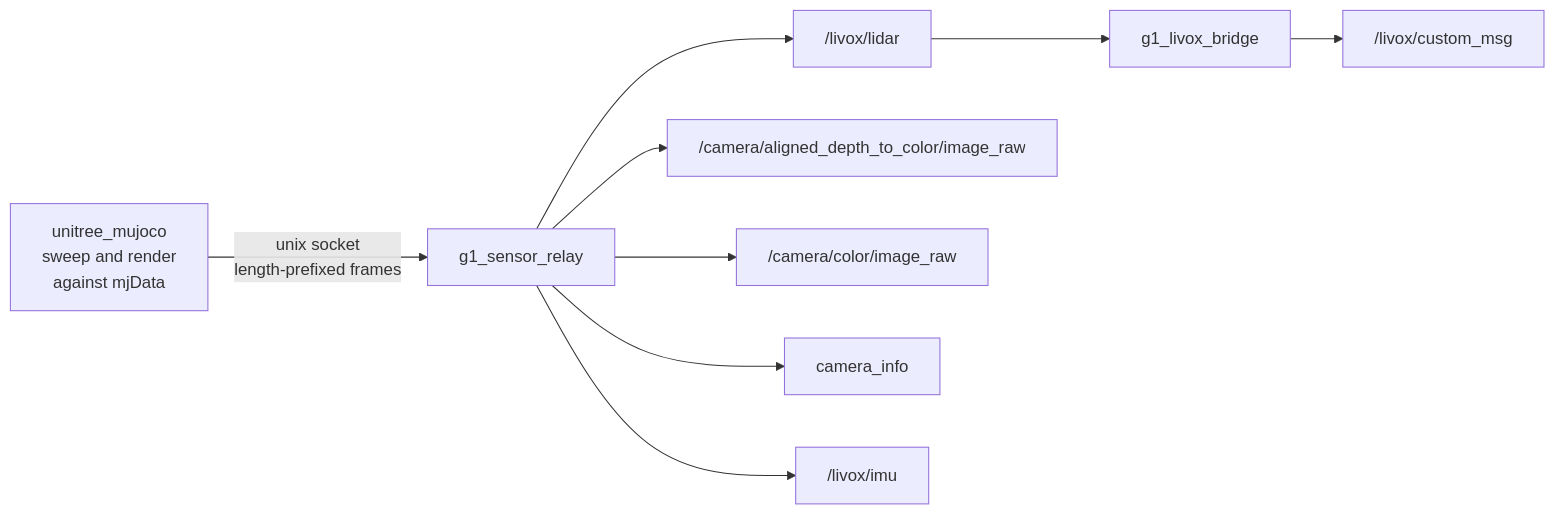
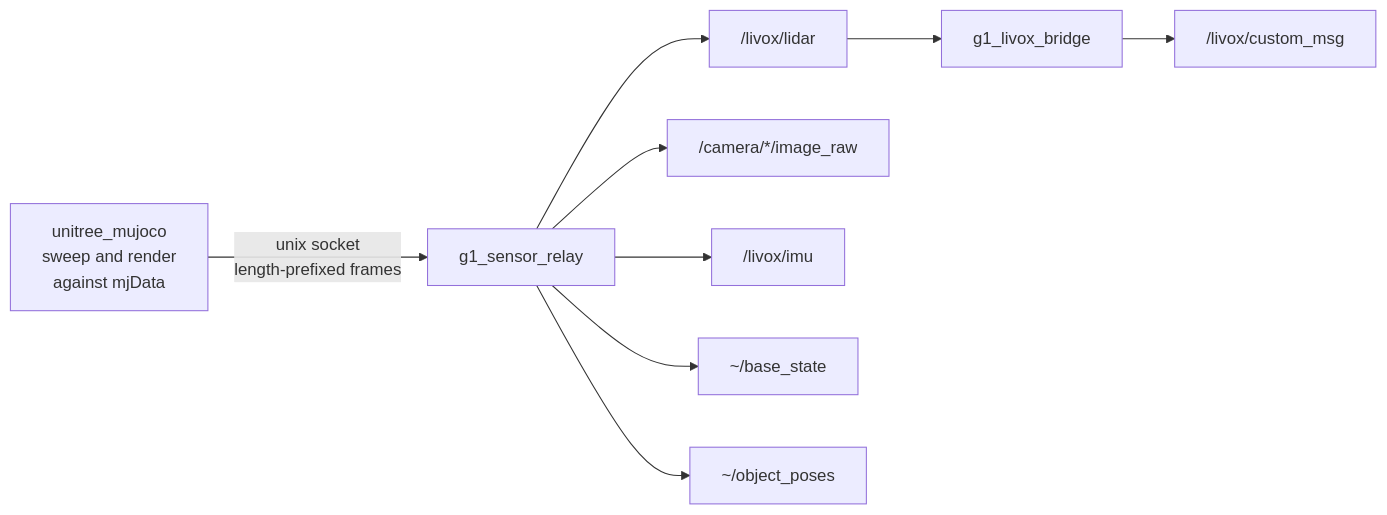
Before and after one commit to Adyansh04/grove-g1: the diagram in workspace/src/g1_sensor_relay/README.md, drawn with Mermaid. The commit also changed other lines of this file and 20 other files, not shown here.

Commit message:
Refresh the READMEs and the architecture diagram for the lowcmd stack

````diff
--- a/workspace/src/g1_sensor_relay/README.md
+++ b/workspace/src/g1_sensor_relay/README.md
@@ -9,11 +9,11 @@
 ```mermaid
 flowchart LR
     MJ["unitree_mujoco<br/>sweep and render<br/>against mjData"] -- "unix socket<br/>length-prefixed frames" --> R
     R["g1_sensor_relay"] --> PC["/livox/lidar"]
-    R --> D["/camera/aligned_depth_to_color/image_raw"]
-    R --> C["/camera/color/image_raw"]
-    R --> CI["camera_info"]
+    R --> D["/camera/*/image_raw"]
     R --> IM["/livox/imu"]
+    R --> BS["~/base_state"]
+    R --> OP["~/object_poses"]
     PC --> B["g1_livox_bridge"]
     B --> CM["/livox/custom_msg"]
 ```
````
